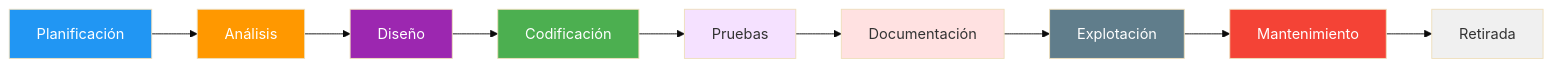
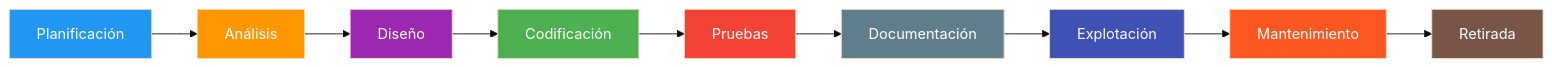
One commit to joseluisgs/EntornosDesarrollo-01-2026-2027 changed the diagram in 03-ciclo-vida.md. Above: the diagram before and after it, drawn with Mermaid (base theme). The commit also changed other lines of this file, not shown here.

````diff
--- a/03-ciclo-vida.md
+++ b/03-ciclo-vida.md
@@ -43,21 +60,21 @@
 ```mermaid
 graph LR
     A[Planificación] --> B[Análisis]
     B --> C[Diseño]
     C --> D[Codificación]
     D --> E[Pruebas]
     E --> F[Documentación]
     F --> G[Explotación]
     G --> H[Mantenimiento]
     H --> I[Retirada]
 
     style A fill:#2196F3,color:#fff
     style B fill:#FF9800,color:#fff
     style C fill:#9C27B0,color:#fff
     style D fill:#4CAF50,color:#fff
-    style E fill:#f5e1ff
-    style F fill:#ffe1e1
-    style G fill:#607D8B,color:#fff
-    style H fill:#f44336,color:#fff
-    style I fill:#f0f0f0
+    style E fill:#f44336,color:#fff
+    style F fill:#607D8B,color:#fff
+    style G fill:#3F51B5,color:#fff
+    style H fill:#FF5722,color:#fff
+    style I fill:#795548,color:#fff
 ```
````
